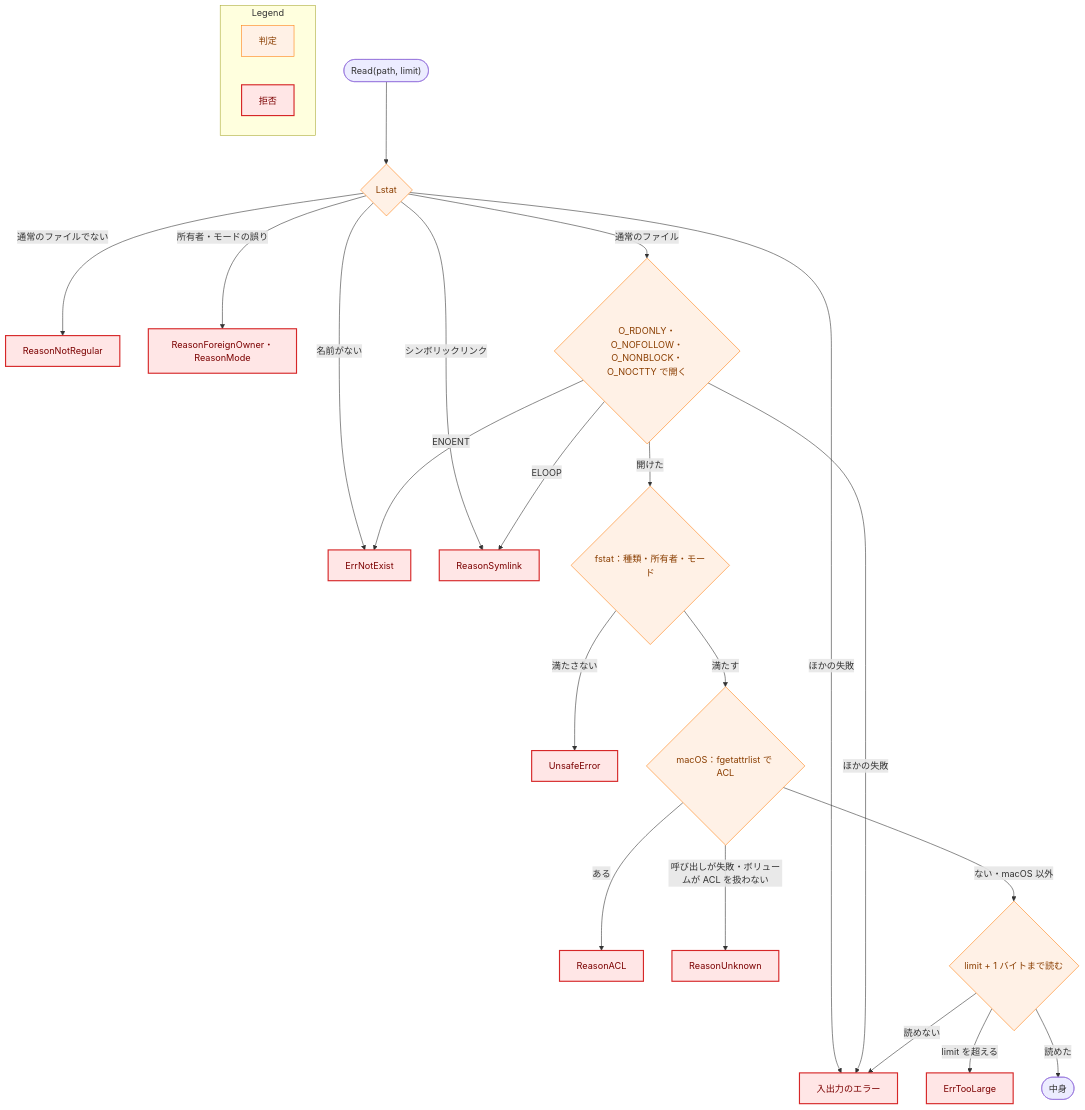
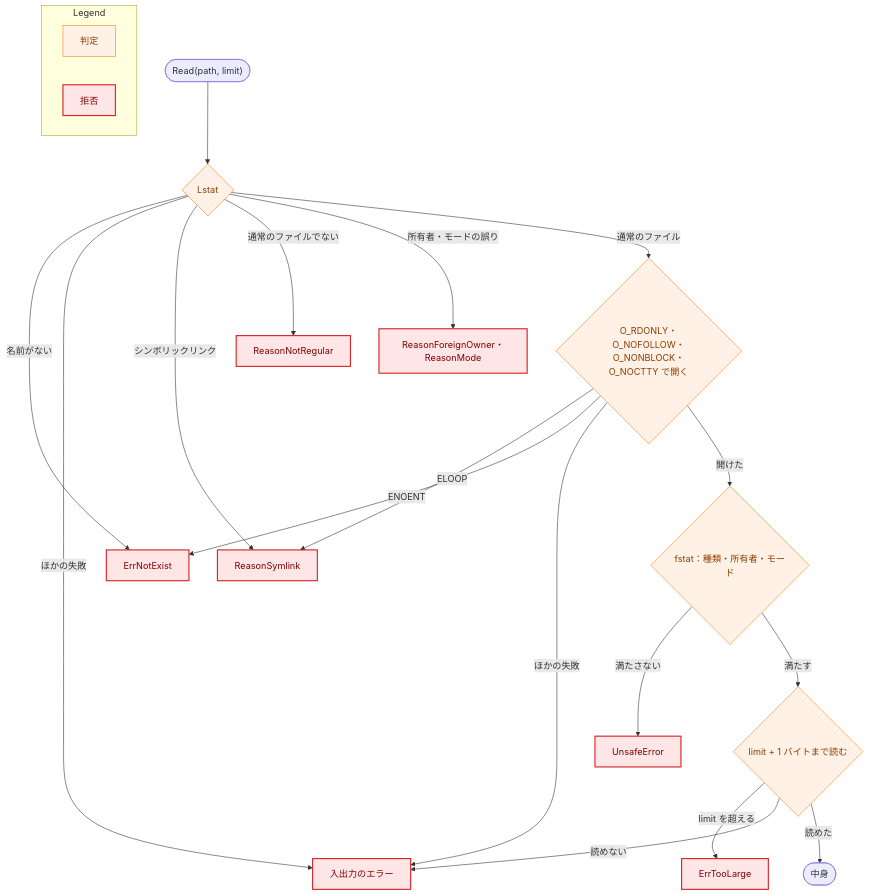
The sixth of 7 diagrams in docs/tasks/0066_server_config_file/02_architecture.md (isseis/yt2column), drawn with Mermaid before and after one commit. The commit also changed other lines of this file and 2 other files, not shown here.

First line of the commit message:
docs(0066): accept the ACL of the config file as a residual risk

````diff
--- a/docs/tasks/0066_server_config_file/02_architecture.md
+++ b/docs/tasks/0066_server_config_file/02_architecture.md
@@ -706,35 +687,32 @@
 ```mermaid
 flowchart TD
     classDef process fill:#fff1e6,stroke:#ff7f0e,stroke-width:1px,color:#8a3e00;
     classDef problem fill:#ffe6e6,stroke:#d62728,stroke-width:2px,color:#7b0000;
 
     START(["Read(path, limit)"]) --> LST{"Lstat"}
     LST -->|"名前がない"| E_NE["ErrNotExist"]
     LST -->|"ほかの失敗"| E_IO
     LST -->|"シンボリックリンク"| E_SL["ReasonSymlink"]
     LST -->|"通常のファイルでない"| E_NR["ReasonNotRegular"]
     LST -->|"所有者・モードの誤り"| E_OM["ReasonForeignOwner・ReasonMode"]
     LST -->|"通常のファイル"| OPEN{"O_RDONLY・O_NOFOLLOW・O_NONBLOCK・O_NOCTTY で開く"}
     OPEN -->|"ELOOP"| E_SL
     OPEN -->|"ENOENT"| E_NE
     OPEN -->|"ほかの失敗"| E_IO["入出力のエラー"]
     OPEN -->|"開けた"| FST{"fstat：種類・所有者・モード"}
     FST -->|"満たさない"| E_FS["UnsafeError"]
-    FST -->|"満たす"| ACL{"macOS：fgetattrlist で ACL"}
-    ACL -->|"ある"| E_ACL["ReasonACL"]
-    ACL -->|"呼び出しが失敗・ボリュームが ACL を扱わない"| E_UK["ReasonUnknown"]
-    ACL -->|"ない・macOS 以外"| RD{"limit + 1 バイトまで読む"}
+    FST -->|"満たす"| RD{"limit + 1 バイトまで読む"}
     RD -->|"limit を超える"| E_TL["ErrTooLarge"]
     RD -->|"読めない"| E_IO
     RD -->|"読めた"| OK(["中身"])
 
-    class LST,OPEN,FST,ACL,RD process
-    class E_NE,E_SL,E_NR,E_OM,E_IO,E_FS,E_ACL,E_UK,E_TL problem
+    class LST,OPEN,FST,RD process
+    class E_NE,E_SL,E_NR,E_OM,E_IO,E_FS,E_TL problem
 
     subgraph Legend["Legend"]
         L1["判定"]
         L2["拒否"]
     end
     class L1 process
     class L2 problem
 ```
````
